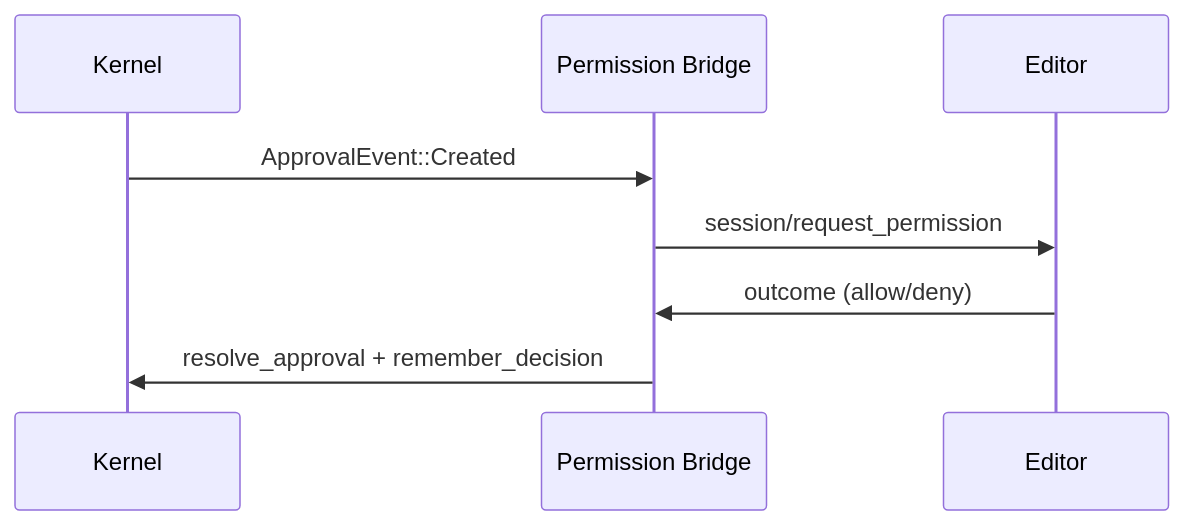
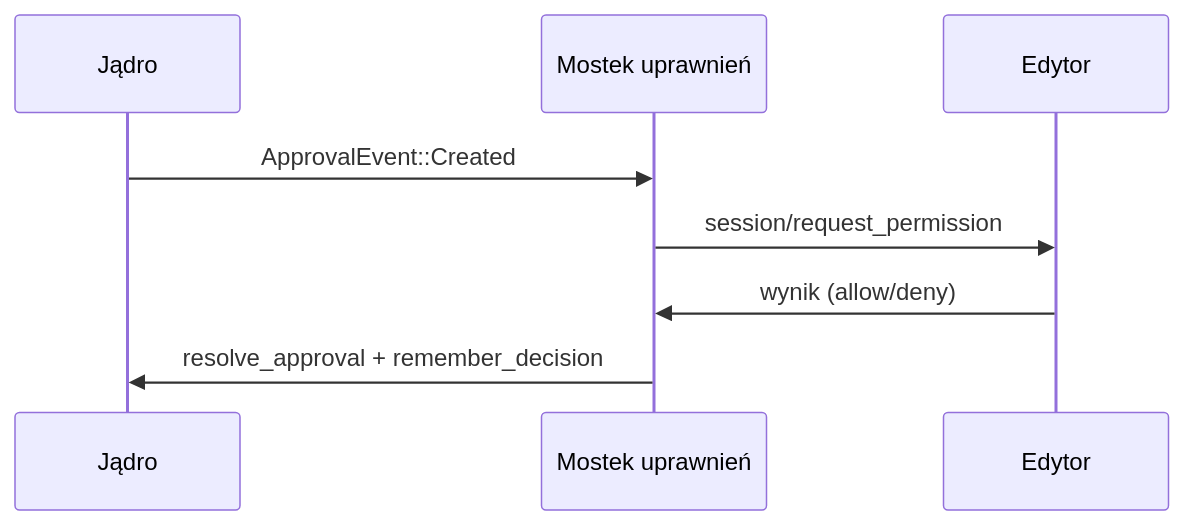
The second of 2 diagrams in crates-librefang-acp.md (leszek3737/librefang-WIki), drawn with Mermaid before and after one commit. The commit also changed other lines of this file and 104 other files, not shown here.

````diff
--- a/crates-librefang-acp.md
+++ b/crates-librefang-acp.md
@@ -127,10 +127,10 @@
 ```mermaid
 sequenceDiagram
-    participant K as Kernel
-    participant B as Permission Bridge
-    participant E as Editor
+    participant K as Jądro
+    participant B as Mostek uprawnień
+    participant E as Edytor
     K->>B: ApprovalEvent::Created
     B->>E: session/request_permission
-    E->>B: outcome (allow/deny)
+    E->>B: wynik (allow/deny)
     B->>K: resolve_approval + remember_decision
 ```
````
